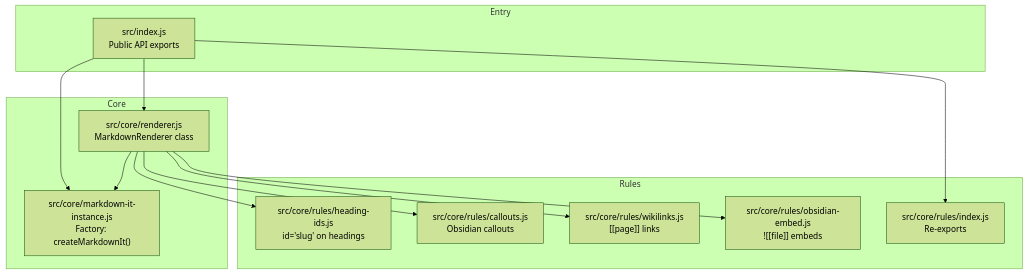
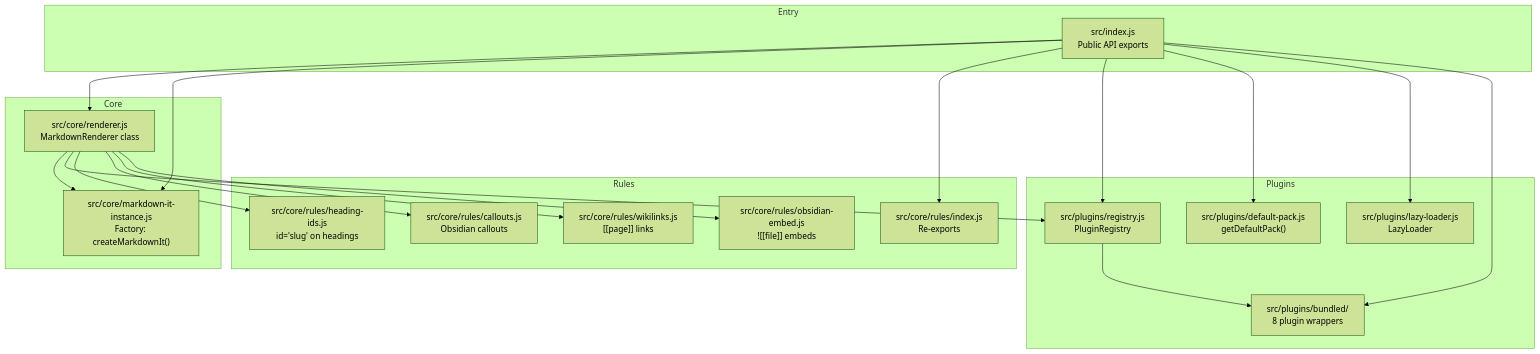
The diagram in docs/architecture.md (Zoooi9918/md-render), drawn with Mermaid (forest theme) before and after one commit. The commit also changed other lines of this file and 2 other files, not shown here.

Commit message:
chore: update dev-preview with plugin status panel
Add importmap entries for bundled plugin deps.
Show plugin registry list as JSON before rendered content.
Add PLUGIN LAYER ACTIVE badge.
Fix import path from ../../src to ../src.

````diff
--- a/docs/architecture.md
+++ b/docs/architecture.md
@@ -5,28 +5,41 @@
 ```mermaid
 graph TD
     subgraph Entry
         A["src/index.js<br/>Public API exports"]
     end
 
     subgraph Core
         B["src/core/renderer.js<br/>MarkdownRenderer class"]
         C["src/core/markdown-it-instance.js<br/>Factory: createMarkdownIt()"]
+    end
+
+    subgraph Plugins
+        I["src/plugins/registry.js<br/>PluginRegistry"]
+        J["src/plugins/default-pack.js<br/>getDefaultPack()"]
+        K["src/plugins/lazy-loader.js<br/>LazyLoader"]
+        L["src/plugins/bundled/<br/>8 plugin wrappers"]
     end
 
     subgraph Rules
         D["src/core/rules/heading-ids.js<br/>id='slug' on headings"]
         E["src/core/rules/callouts.js<br/>Obsidian callouts"]
         F["src/core/rules/wikilinks.js<br/>[[page]] links"]
         G["src/core/rules/obsidian-embed.js<br/>![[file]] embeds"]
         H["src/core/rules/index.js<br/>Re-exports"]
     end
 
     A --> B
     A --> C
     A --> H
+    A --> I
+    A --> J
+    A --> K
+    A --> L
     B --> C
+    B --> I
+    I --> L
     B --> D
     B --> E
     B --> F
     B --> G
 ```
````
